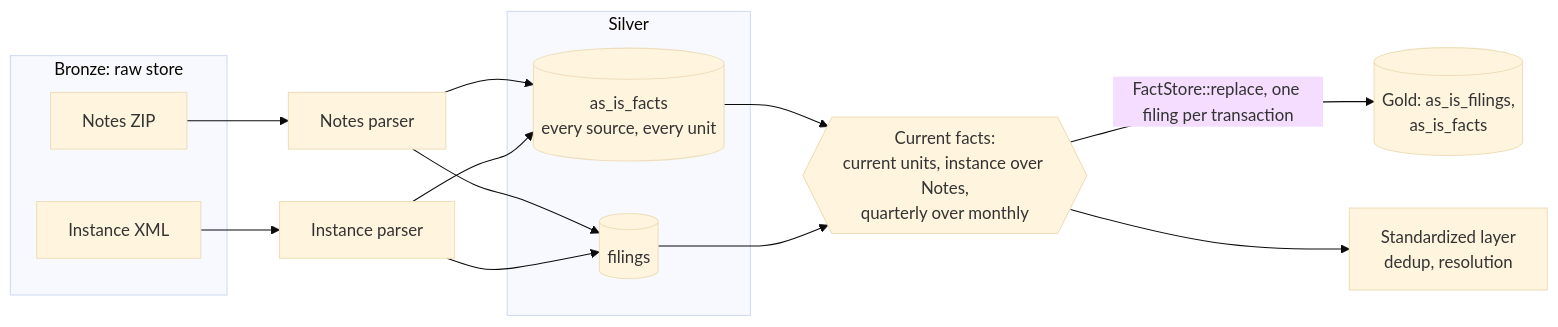
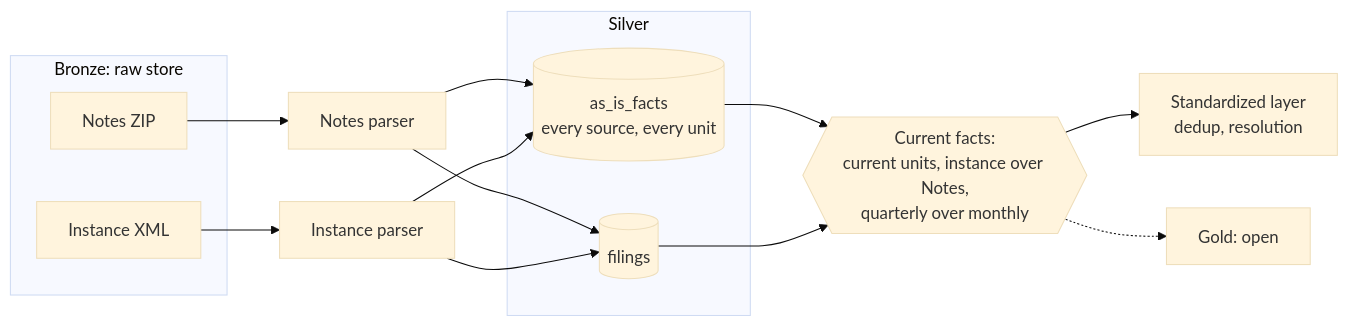
Before and after one commit to ironcapitaleu/arkad: the diagram in sec/design/data_model/as_is_fact_store.md, drawn with Mermaid (base theme). The commit also changed other lines of this file and 6 other files, not shown here.

````diff
--- a/sec/design/data_model/as_is_fact_store.md
+++ b/sec/design/data_model/as_is_fact_store.md
@@ -343,21 +189,21 @@
 ```mermaid
 flowchart LR
   subgraph Raw[Bronze: raw store]
     NZ[Notes ZIP]
     IX[Instance XML]
   end
   NZ --> PN[Notes parser]
   IX --> PI[Instance parser]
   subgraph Silver[Silver]
     AF[(as_is_facts<br/>every source, every unit)]
     FI[(filings)]
   end
   PN --> AF
   PN --> FI
   PI --> AF
   PI --> FI
   AF --> CR{{"Current facts:<br/>current units, instance over Notes,<br/>quarterly over monthly"}}
   FI --> CR
-  CR -- "FactStore::replace, one filing per transaction" --> GD[(Gold: as_is_filings,<br/>as_is_facts)]
   CR --> SL[Standardized layer<br/>dedup, resolution]
+  CR -.-> GD[Gold: open]
 ```
````
